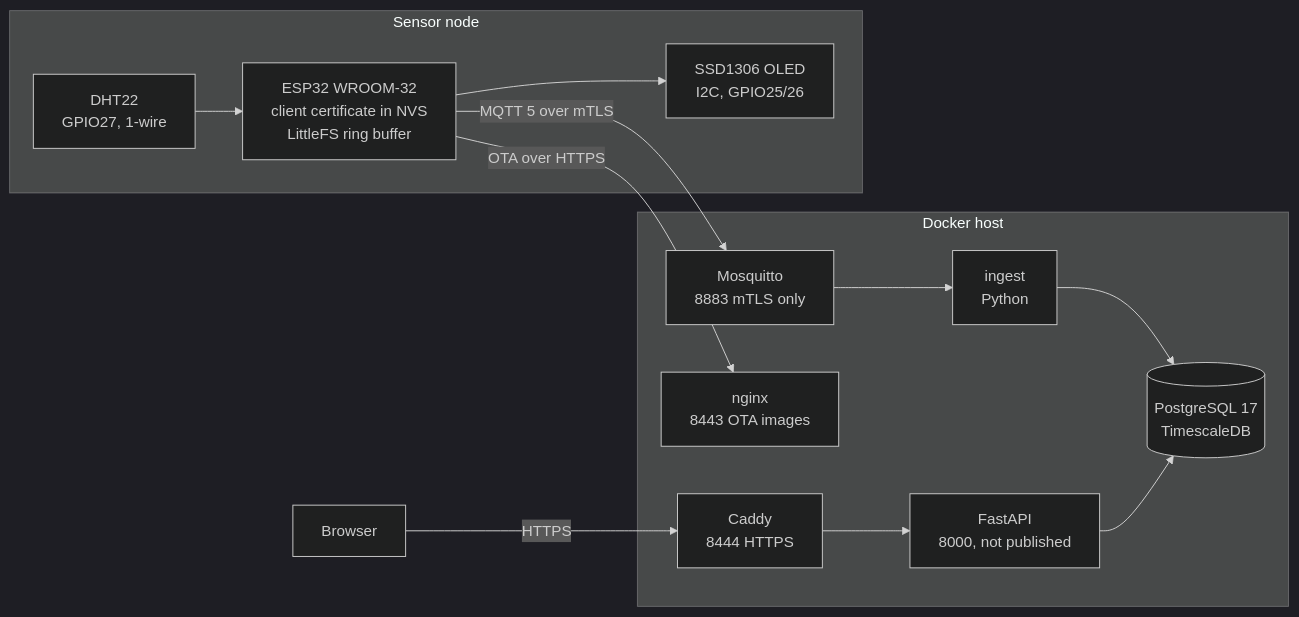
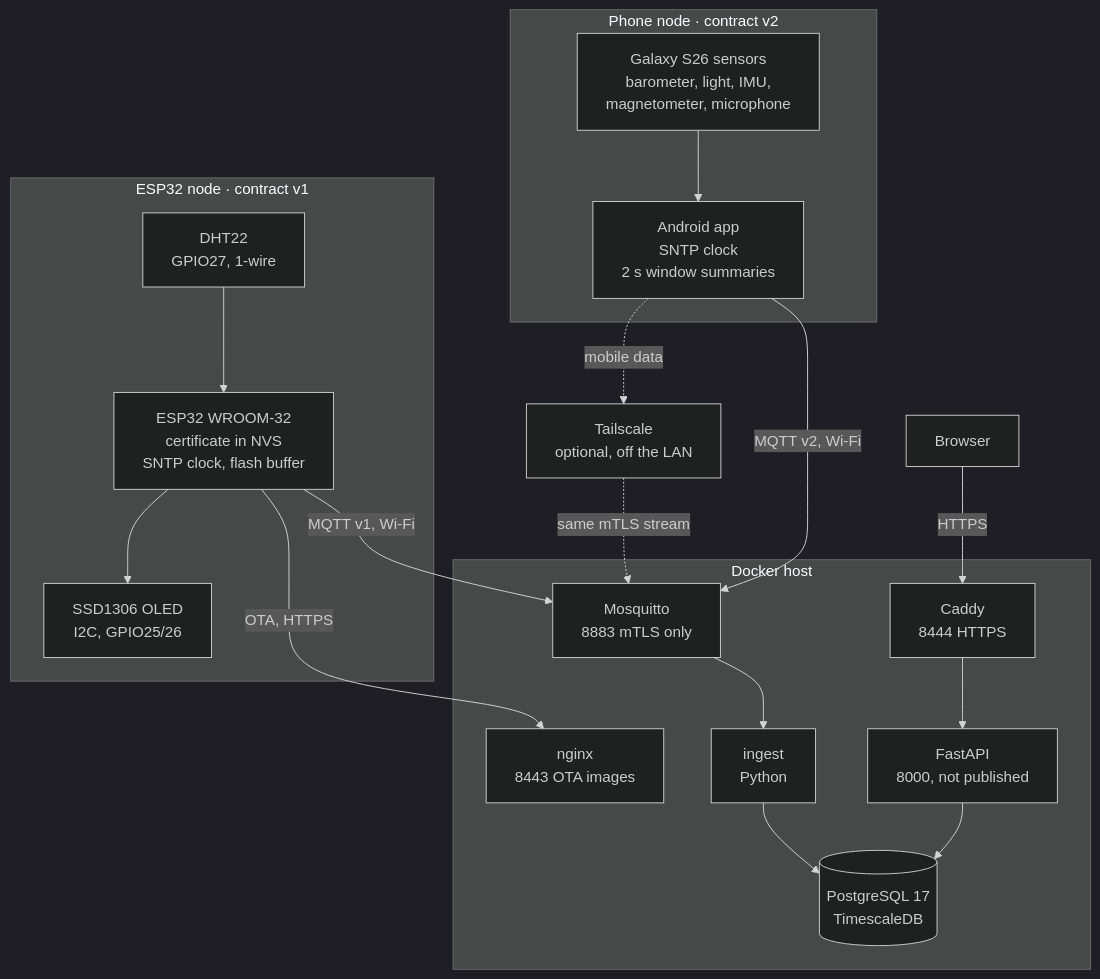
The first of 5 diagrams in README.md (Zoel-Manchon/psychron), drawn with Mermaid (dark theme) before and after one commit. The commit also changed other lines of this file and 16 other files, not shown here.

````diff
--- a/README.md
+++ b/README.md
@@ -31,29 +33,41 @@
 ```mermaid
-flowchart LR
-    subgraph node["Sensor node"]
+flowchart TB
+    BROWSER["Browser"]
+
+    subgraph phone["Phone node · contract v2"]
+        SNS["Galaxy S26 sensors<br/>barometer, light, IMU,<br/>magnetometer, microphone"]
+        APP["Android app<br/>SNTP clock<br/>2 s window summaries"]
+        SNS --> APP
+    end
+
+    TUN["Tailscale<br/>optional, off the LAN"]
+
+    subgraph esp["ESP32 node · contract v1"]
         DHT["DHT22<br/>GPIO27, 1-wire"]
-        ESP["ESP32 WROOM-32<br/>client certificate in NVS<br/>LittleFS ring buffer"]
+        ESP["ESP32 WROOM-32<br/>certificate in NVS<br/>SNTP clock, flash buffer"]
         OLED["SSD1306 OLED<br/>I2C, GPIO25/26"]
         DHT --> ESP
         ESP --> OLED
     end
 
     subgraph host["Docker host"]
+        WEB["Caddy<br/>8444 HTTPS"]
         BRK["Mosquitto<br/>8883 mTLS only"]
+        FW["nginx<br/>8443 OTA images"]
+        API["FastAPI<br/>8000, not published"]
         ING["ingest<br/>Python"]
         DB[("PostgreSQL 17<br/>TimescaleDB")]
-        API["FastAPI<br/>8000, not published"]
-        WEB["Caddy<br/>8444 HTTPS"]
-        FW["nginx<br/>8443 OTA images"]
+        WEB --> API
         BRK --> ING
+        BRK ~~~ FW
+        API --> DB
         ING --> DB
-        API --> DB
-        WEB --> API
     end
 
-    BROWSER["Browser"]
-
-    ESP -->|"MQTT 5 over mTLS"| BRK
-    ESP -->|"OTA over HTTPS"| FW
     BROWSER -->|"HTTPS"| WEB
+    APP -->|"MQTT v2, Wi-Fi"| BRK
+    APP -.->|"mobile data"| TUN
+    TUN -.->|"same mTLS stream"| BRK
+    ESP -->|"MQTT v1, Wi-Fi"| BRK
+    ESP -->|"OTA, HTTPS"| FW
 ```
````
